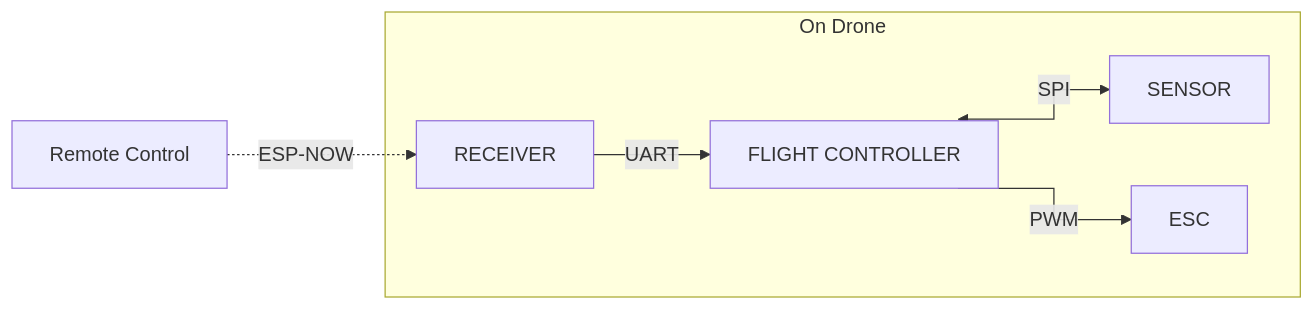
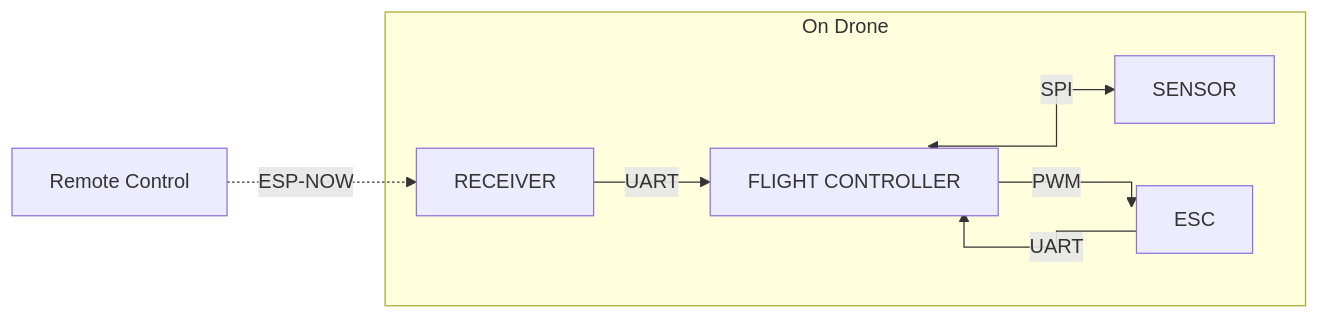
Before and after one commit to AlexWybranski/multi-mcu-drone: the diagram in README.md, drawn with Mermaid.

````diff
--- a/README.md
+++ b/README.md
@@ -15,21 +15,22 @@
 ```mermaid
 flowchart LR
 %%{init: { 'flowchart': { 'curve': 'stepAfter' }, 'themeCSS': '.edgePath .path { stroke-linejoin: miter; stroke-linecap: square; }' } }%%
     A[Remote Control] 
     B[RECEIVER]
     C[FLIGHT CONTROLLER]
     D[SENSOR]
     E[ESC]
     %% F[SERVO]
     %% G[CAM]
     %% H[HTTP SERVER - VIDEO STREAM]
 
     A -.->|ESP-NOW| B
     %% G -.-> H
     subgraph On Drone
     B -->|UART| C
     %% B -->|PWM| F ===|PHYSICAL CONNECTION|G
     C <-->|SPI| D
     C -->|PWM| E
+    E -->|UART| C
     end
 ```
````
